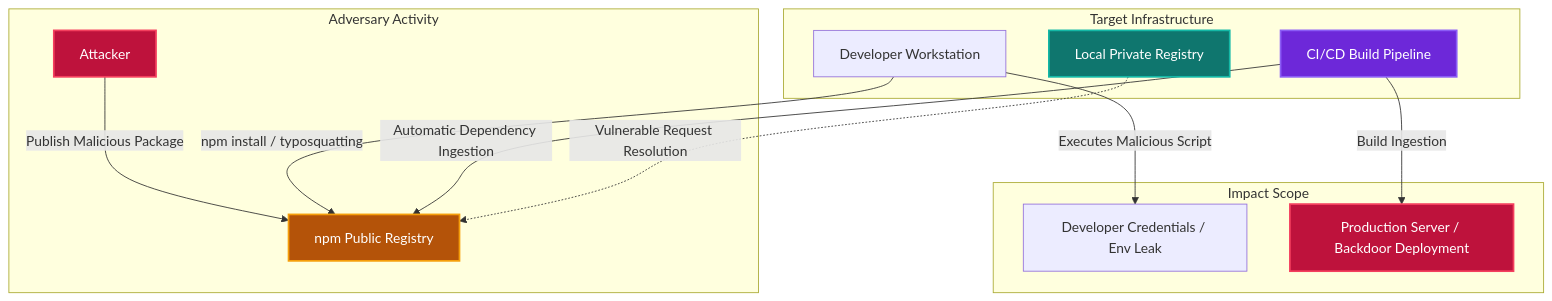
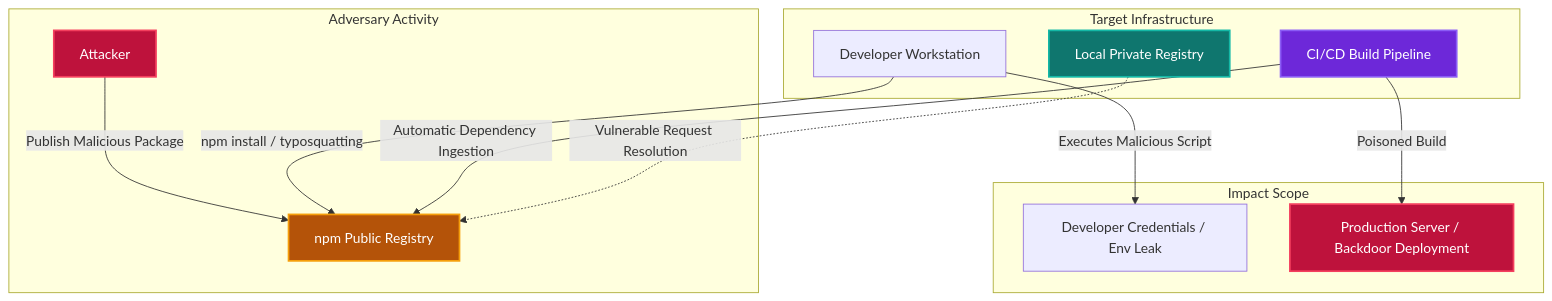
The diagram in website/content/npm-attacks/en.md (yusufarbc/yusufarbc), drawn with Mermaid before and after one commit. The commit also changed other lines of this file and 4 other files, not shown here.

````diff
--- a/website/content/npm-attacks/en.md
+++ b/website/content/npm-attacks/en.md
@@ -18,23 +49,23 @@
 ```mermaid
 graph TD
     subgraph Adversary Activity
         Attacker[Attacker] -->|Publish Malicious Package| PublicRegistry[npm Public Registry]
     end
 
     subgraph Target Infrastructure
         Dev[Developer Workstation] -->|npm install / typosquatting| PublicRegistry
         CI_CD[CI/CD Build Pipeline] -->|Automatic Dependency Ingestion| PublicRegistry
         PrivateRegistry[Local Private Registry] -.->|Vulnerable Request Resolution| PublicRegistry
     end
 
     subgraph Impact Scope
         Dev -->|Executes Malicious Script| DevEnv[Developer Credentials / Env Leak]
-        CI_CD -->|Build Ingestion| Prod[Production Server / Backdoor Deployment]
+        CI_CD -->|Poisoned Build| Prod[Production Server / Backdoor Deployment]
     end
 
     style Attacker fill:#be123c,stroke:#f43f5e,stroke-width:2px,color:#fff;
     style PublicRegistry fill:#b45309,stroke:#f59e0b,stroke-width:2px,color:#fff;
     style PrivateRegistry fill:#0f766e,stroke:#14b8a6,stroke-width:2px,color:#fff;
     style CI_CD fill:#6d28d9,stroke:#8b5cf6,stroke-width:2px,color:#fff;
     style Prod fill:#be123c,stroke:#f43f5e,stroke-width:2px,color:#fff;
 ```
````
